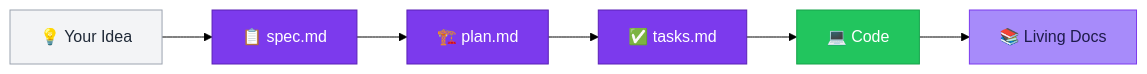
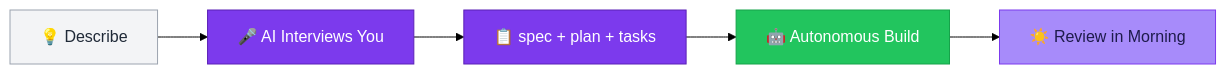
Before and after one commit to anton-abyzov/specweave: the diagram in docs-site/docs/intro.md, drawn with Mermaid (forest theme). The commit also changed other lines of this file and 16 other files, not shown here.

````diff
--- a/docs-site/docs/intro.md
+++ b/docs-site/docs/intro.md
@@ -82,15 +82,13 @@
 ```mermaid
 flowchart LR
-    A["💡 Your Idea"] --> B["📋 spec.md"]
-    B --> C["🏗️ plan.md"]
-    C --> D["✅ tasks.md"]
-    D --> E["💻 Code"]
-    E --> F["📚 Living Docs"]
+    A["💡 Describe"] --> B["🎤 AI Interviews You"]
+    B --> C["📋 spec + plan + tasks"]
+    C --> D["🤖 Autonomous Build"]
+    D --> E["☀️ Review in Morning"]
 
     style A fill:#f3f4f6,stroke:#9ca3af,color:#1f2937
     style B fill:#7c3aed,stroke:#5b21b6,color:#fff
     style C fill:#7c3aed,stroke:#5b21b6,color:#fff
-    style D fill:#7c3aed,stroke:#5b21b6,color:#fff
-    style E fill:#22c55e,stroke:#16a34a,color:#fff
-    style F fill:#a78bfa,stroke:#7c3aed,color:#1e1b4b
+    style D fill:#22c55e,stroke:#16a34a,color:#fff
+    style E fill:#a78bfa,stroke:#7c3aed,color:#1e1b4b
 ```
````
